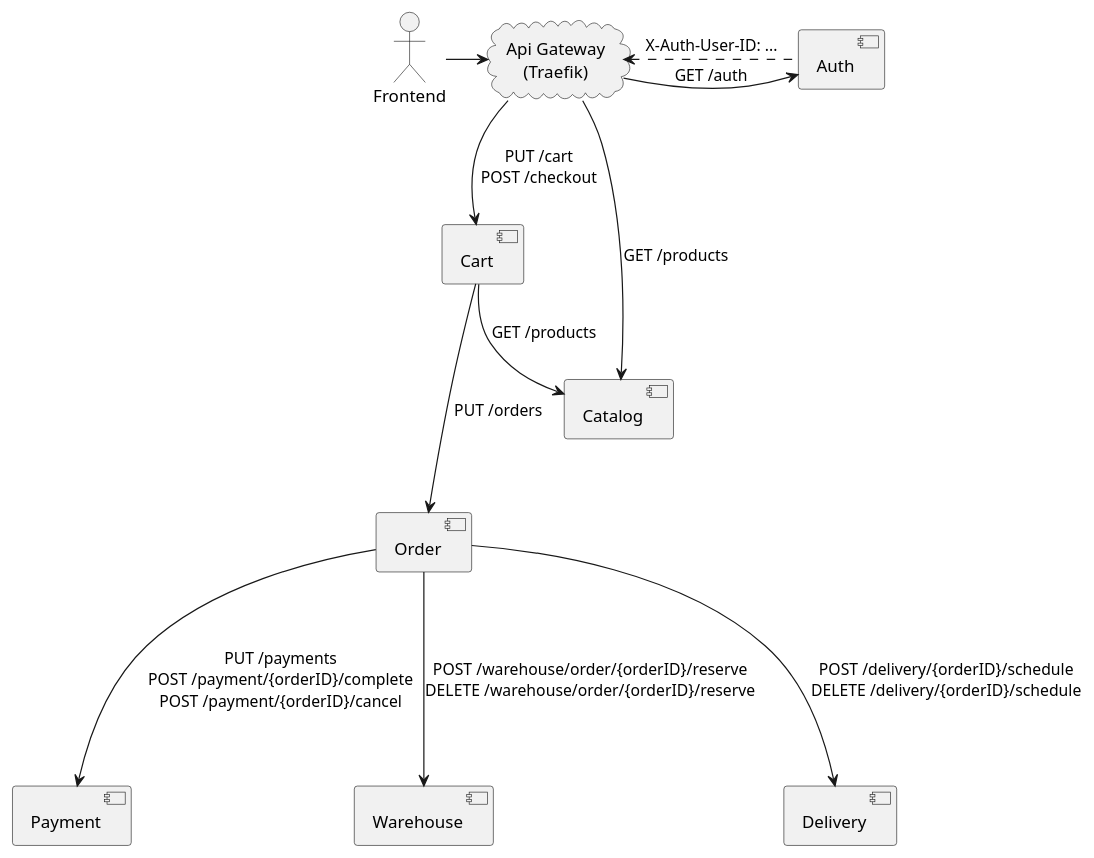
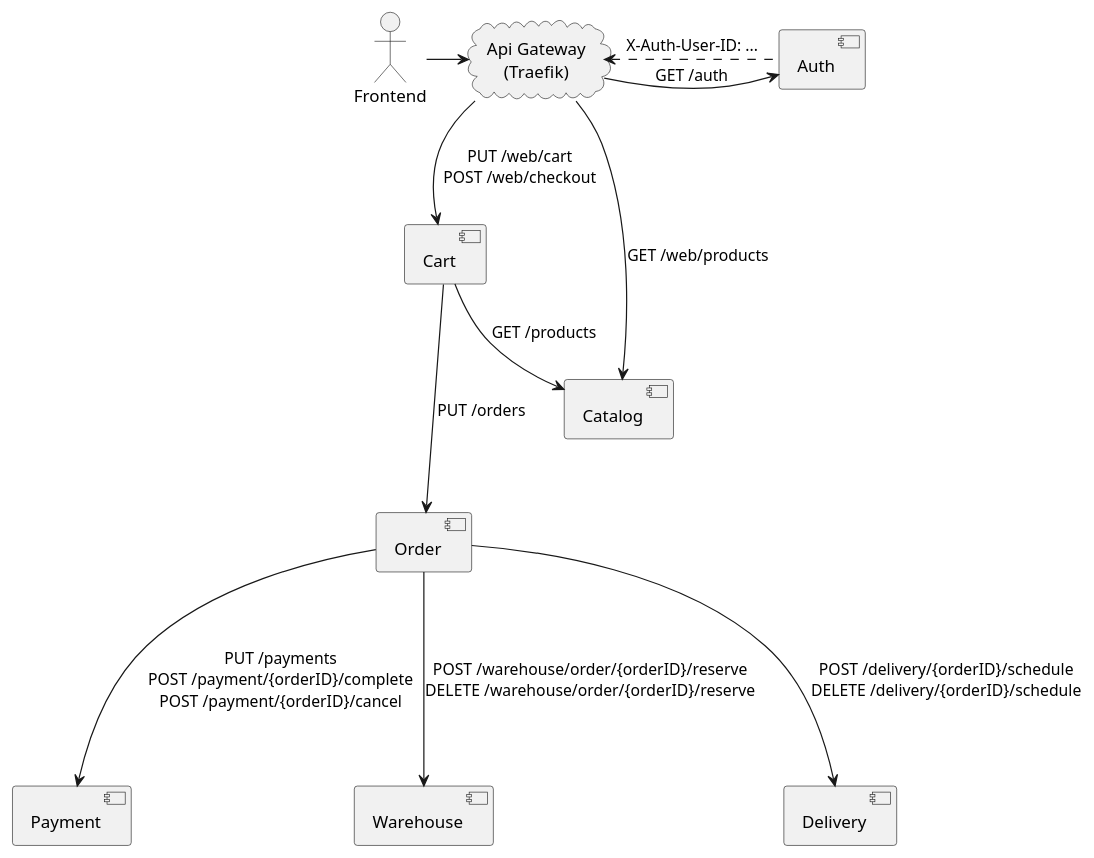
One commit to klwxsrx/arch-course-project changed the diagram in docs/services.puml. Above: the diagram before and after it, drawn with PlantUML. The commit also changed 23 other files, not shown here.

```diff
--- a/docs/services.puml
+++ b/docs/services.puml
@@ -1,46 +1,46 @@
 @startuml
 skinparam defaultTextAlignment center
 
 actor User [
     Frontend
 ]
 
 cloud APIGateway [
     Api Gateway
     (Traefik)
 ]
 
 component Auth
 
 component Cart
 
 component Order
 
 component Catalog
 
 component Payment
 
 component Warehouse
 
 component Delivery
 
 User -right-> APIGateway
 
 APIGateway -right-> Auth: GET /auth
 APIGateway <.right. Auth: X-Auth-User-ID: ...
 
-APIGateway --> Catalog: GET /products
+APIGateway --> Catalog: GET /web/products
 
-APIGateway --> Cart: PUT /cart\nPOST /checkout
+APIGateway --> Cart: PUT /web/cart\nPOST /web/checkout
 
 Cart --> Catalog: GET /products
 
 Cart ---> Order: PUT /orders
 
 Order ---> Payment: PUT /payments\nPOST /payment/{orderID}/complete\nPOST /payment/{orderID}/cancel
 
 Order ---> Warehouse: POST /warehouse/order/{orderID}/reserve\nDELETE /warehouse/order/{orderID}/reserve
 
 Order --->  Delivery: POST /delivery/{orderID}/schedule\nDELETE /delivery/{orderID}/schedule
 
 @enduml
```
